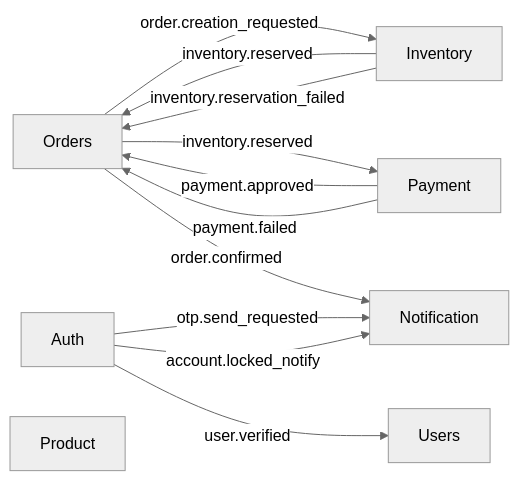
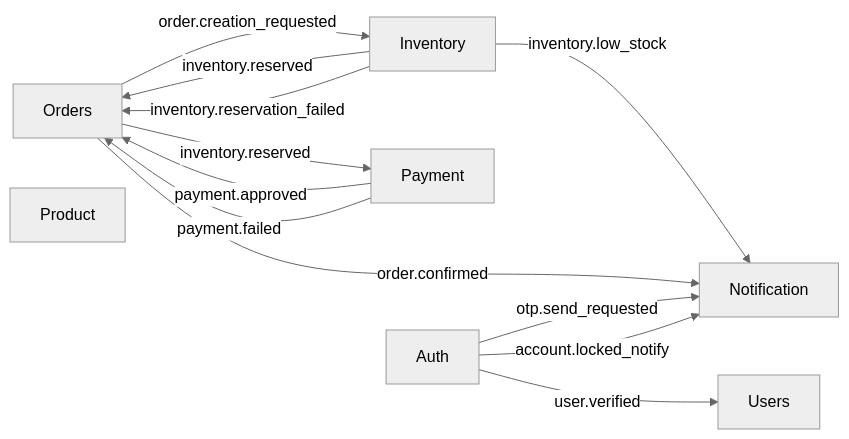
One commit to zYasuo/dl-orders changed the diagram in README.md. Above: the diagram before and after it, drawn with Mermaid (neutral theme). The commit also changed other lines of this file and 303 other files, not shown here.

First line of the commit message:
feat: add scheduling and notification enhancements for inventory management

````diff
--- a/README.md
+++ b/README.md
@@ -31,14 +31,15 @@
 ```mermaid
 flowchart LR
     Orders -->|"order.creation_requested"| Inventory
     Inventory -->|"inventory.reserved"| Orders
     Inventory -->|"inventory.reservation_failed"| Orders
+    Inventory -->|"inventory.low_stock"| Notification
     Orders -->|"inventory.reserved"| Payment
     Payment -->|"payment.approved"| Orders
     Payment -->|"payment.failed"| Orders
     Orders -->|"order.confirmed"| Notification
     Auth -->|"otp.send_requested"| Notification
     Auth -->|"account.locked_notify"| Notification
     Auth -->|"user.verified"| Users
     Product[Product]
 ```
````
